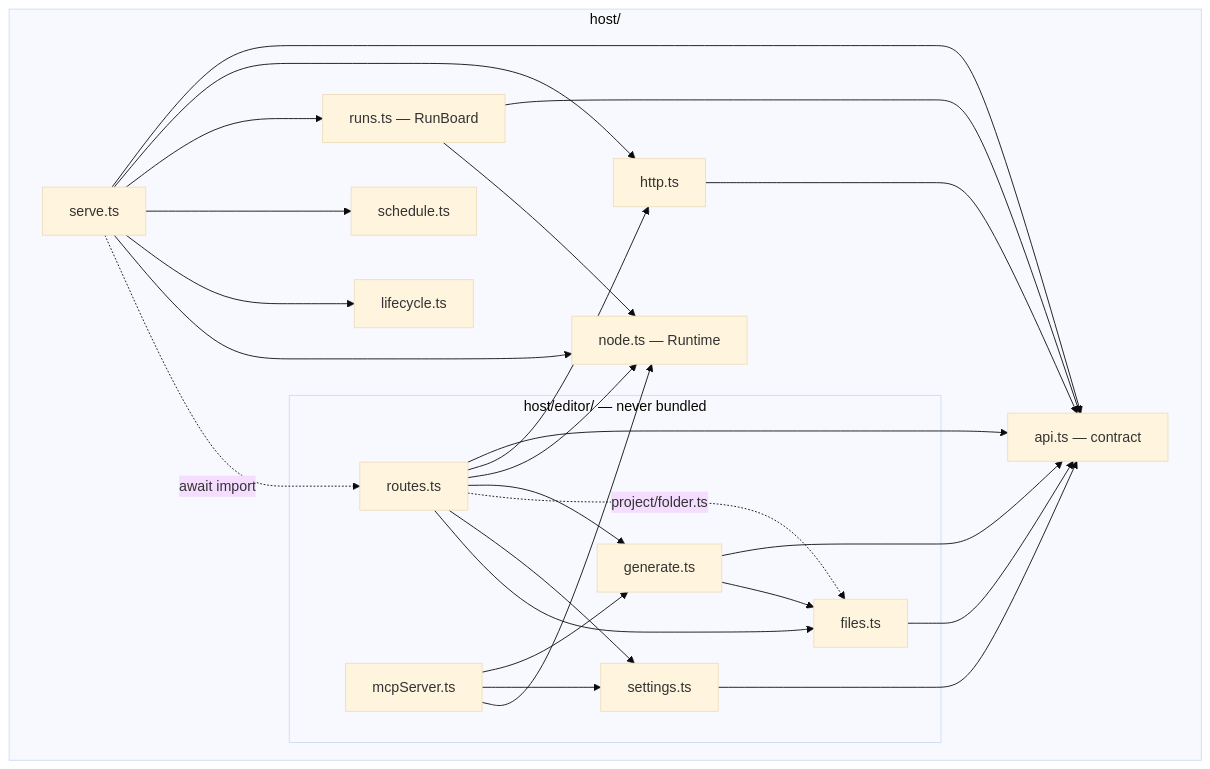
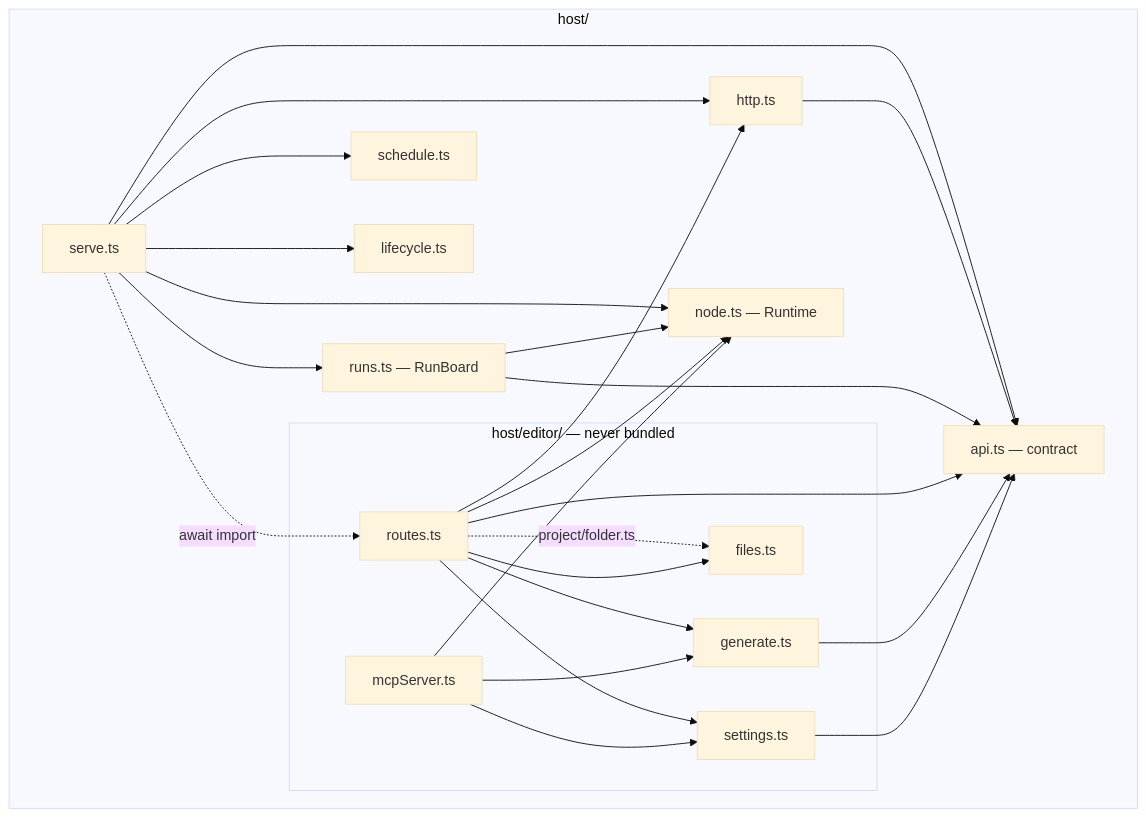
Before and after one commit to Archimedes79/AI_Graph: the seventh of 8 diagrams in arch/overview.md, drawn with Mermaid (base theme). The commit also changed other lines of this file, not shown here.

````diff
--- a/arch/overview.md
+++ b/arch/overview.md
@@ -374,44 +386,42 @@
 ```mermaid
 flowchart TD
   subgraph host["host/"]
     Api["api.ts — contract"]
     Http["http.ts"]
     Serve["serve.ts"]
     Runs["runs.ts — RunBoard"]
     Schedule["schedule.ts"]
     Lifecycle["lifecycle.ts"]
     Node["node.ts — Runtime"]
     subgraph editor["host/editor/ — never bundled"]
       Routes["routes.ts"]
       Generate["generate.ts"]
       Settings["settings.ts"]
       Files["files.ts"]
       Mcp["mcpServer.ts"]
     end
   end
 
   Serve --> Api
   Serve --> Http
   Serve --> Runs
   Serve --> Schedule
   Serve --> Lifecycle
   Serve --> Node
   Serve -. "await import" .-> Routes
   Http --> Api
   Runs --> Api
   Runs --> Node
   Routes --> Api
   Routes --> Http
   Routes --> Node
   Routes --> Generate
   Routes -. "project/folder.ts" .-> Files
   Routes --> Settings
   Routes --> Files
   Generate --> Api
-  Generate --> Files
   Settings --> Api
-  Files --> Api
   Mcp --> Generate
   Mcp --> Settings
   Mcp --> Node
 ```
````
